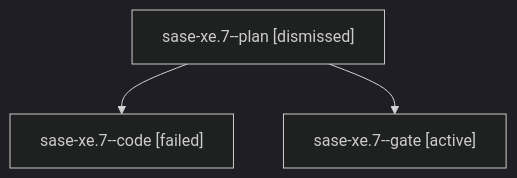
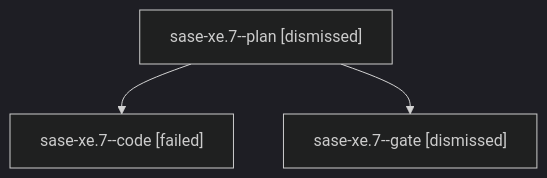
Before and after one commit to sase-org/sase--agents: the diagram in sessions/bbugyi200.athena.sase-xe.7.md, drawn with Mermaid (dark theme). The commit also changed other lines of this file and 323 other files, not shown here.

````diff
--- a/sessions/bbugyi200.athena.sase-xe.7.md
+++ b/sessions/bbugyi200.athena.sase-xe.7.md
@@ -9,8 +9,8 @@
 ```mermaid
 flowchart TD
   n0["sase-xe.7--plan [dismissed]"]
   n1["sase-xe.7--code [failed]"]
   n0 --> n1
-  n2["sase-xe.7--gate [active]"]
+  n2["sase-xe.7--gate [dismissed]"]
   n0 --> n2
 ```
````
